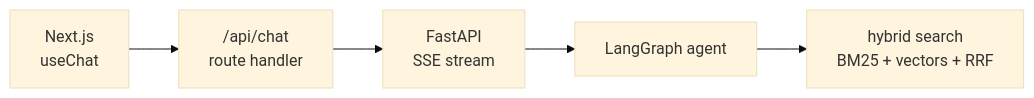
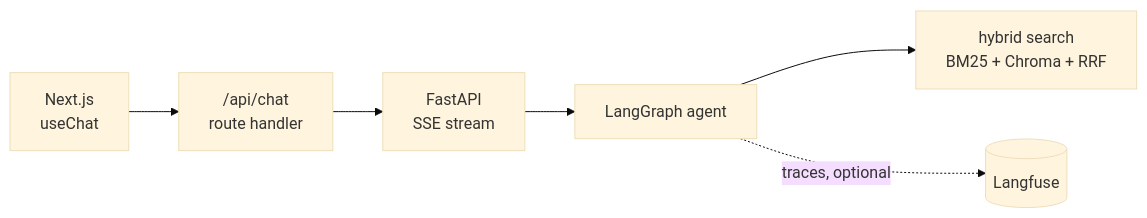
The third of 3 diagrams in README.md (JuliaNazka/sp-building-code-agent), drawn with Mermaid (base theme) before and after one commit. The commit also changed other lines of this file and 12 other files, not shown here.

First line of the commit message:
Chroma vector store and optional Langfuse tracing

````diff
--- a/README.md
+++ b/README.md
@@ -50,4 +51,5 @@
 ```mermaid
 flowchart LR
-    UI[Next.js<br/>useChat] --> P["/api/chat<br/>route handler"] --> F[FastAPI<br/>SSE stream] --> G[LangGraph agent] --> R[hybrid search<br/>BM25 + vectors + RRF]
+    UI[Next.js<br/>useChat] --> P["/api/chat<br/>route handler"] --> F[FastAPI<br/>SSE stream] --> G[LangGraph agent] --> R[hybrid search<br/>BM25 + Chroma + RRF]
+    G -. traces, optional .-> L[(Langfuse)]
 ```
````
